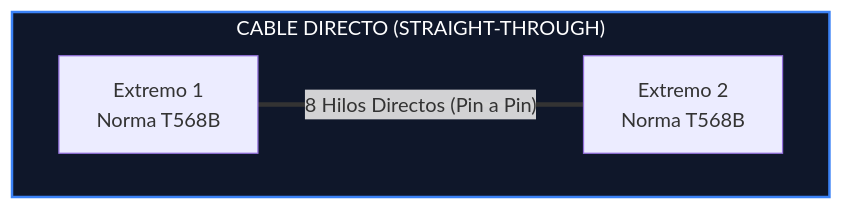
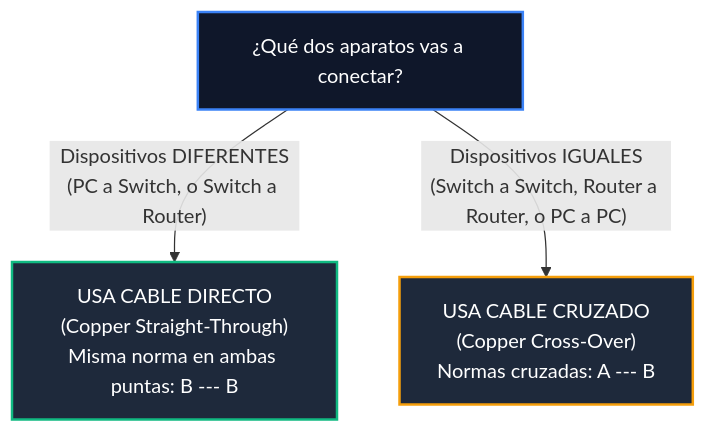
Before and after one commit to ch4rf/redes-computadoras: the diagram in Teoria/Modulo_3_Cableado_Estructurado/03_Codigos_Color_Terminacion_T568A_T568B.md, drawn with Mermaid. The commit also changed other lines of this file and 14 other files, not shown here.

````diff
--- a/Teoria/Modulo_3_Cableado_Estructurado/03_Codigos_Color_Terminacion_T568A_T568B.md
+++ b/Teoria/Modulo_3_Cableado_Estructurado/03_Codigos_Color_Terminacion_T568A_T568B.md
@@ -46,8 +52,12 @@
 ```mermaid
-flowchart LR
-    subgraph DIRECTO ["CABLE DIRECTO (STRAIGHT-THROUGH)"]
-        direction LR
-        E1_A["Extremo 1<br/>Norma T568B"] ===|"8 Hilos Directos (Pin a Pin)"| E2_A["Extremo 2<br/>Norma T568B"]
-    end
-    style DIRECTO fill:#0f172a,stroke:#3b82f6,stroke-width:2px,color:#fff
+flowchart TD
+    Pregunta["¿Qué dos aparatos vas a conectar?"]
+    
+    Pregunta -->|"Dispositivos DIFERENTES<br/>(PC a Switch, o Switch a Router)"| Directo["USA CABLE DIRECTO<br/>(Copper Straight-Through)<br/>Misma norma en ambas puntas: B --- B"]
+    
+    Pregunta -->|"Dispositivos IGUALES<br/>(Switch a Switch, Router a Router, o PC a PC)"| Cruzado["USA CABLE CRUZADO<br/>(Copper Cross-Over)<br/>Normas cruzadas: A --- B"]
+
+    style Pregunta fill:#0f172a,stroke:#3b82f6,stroke-width:2px,color:#fff
+    style Directo fill:#1e293b,stroke:#10b981,stroke-width:2px,color:#fff
+    style Cruzado fill:#1e293b,stroke:#f59e0b,stroke-width:2px,color:#fff
 ```
````
